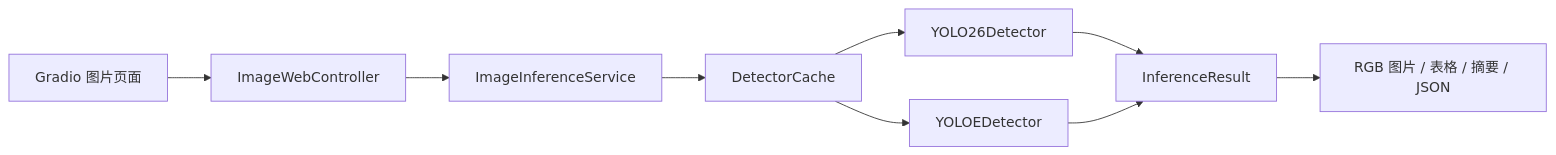
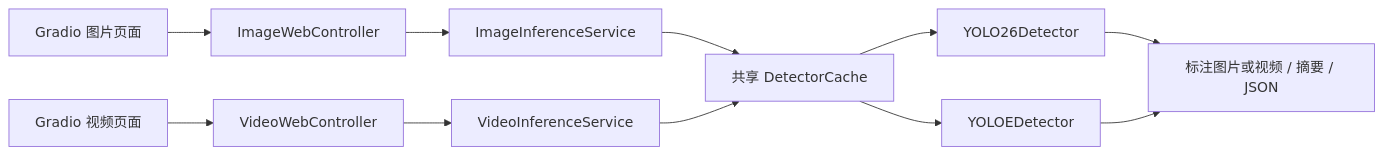
The diagram in README.md (IniJyou/yolo26-zero-shot-vision-studio), drawn with Mermaid before and after one commit. The commit also changed other lines of this file and 4 other files, not shown here.

Commit message:
feat: add Gradio video detection interface

````diff
--- a/README.md
+++ b/README.md
@@ -23,11 +25,13 @@
 ```mermaid
 flowchart LR
-    UI[Gradio 图片页面] --> Controller[ImageWebController]
-    Controller --> Service[ImageInferenceService]
-    Service --> Cache[DetectorCache]
+    IUI[Gradio 图片页面] --> IC[ImageWebController]
+    VUI[Gradio 视频页面] --> VC[VideoWebController]
+    IC --> IS[ImageInferenceService]
+    VC --> VS[VideoInferenceService]
+    IS --> Cache[共享 DetectorCache]
+    VS --> Cache
     Cache --> Y26[YOLO26Detector]
     Cache --> YE[YOLOEDetector]
-    Y26 --> Result[InferenceResult]
-    YE --> Result
-    Result --> Outputs[RGB 图片 / 表格 / 摘要 / JSON]
+    Y26 --> Outputs[标注图片或视频 / 摘要 / JSON]
+    YE --> Outputs
 ```
````
